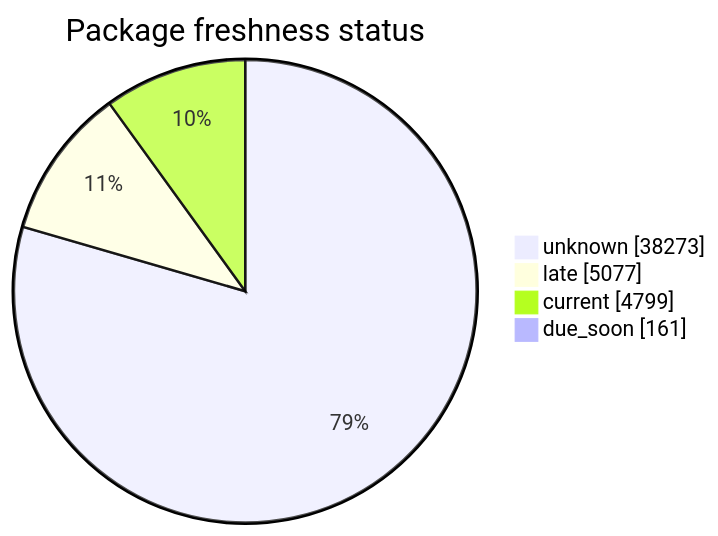
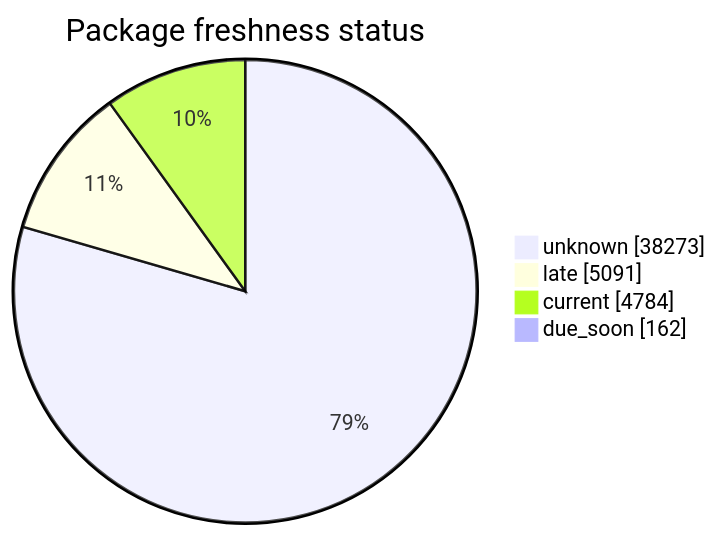
Before and after one commit to open-data/analytics-corporate-reporting: the second of 5 diagrams in FreshCheck/README.md, drawn with Mermaid. The commit also changed other lines of this file and 3 other files, not shown here.

````diff
--- a/FreshCheck/README.md
+++ b/FreshCheck/README.md
@@ -68,7 +68,7 @@
 ```mermaid
 pie showData title Package freshness status
     "unknown": 38273
-    "late": 5077
-    "current": 4799
-    "due_soon": 161
+    "late": 5091
+    "current": 4784
+    "due_soon": 162
 ```
````
